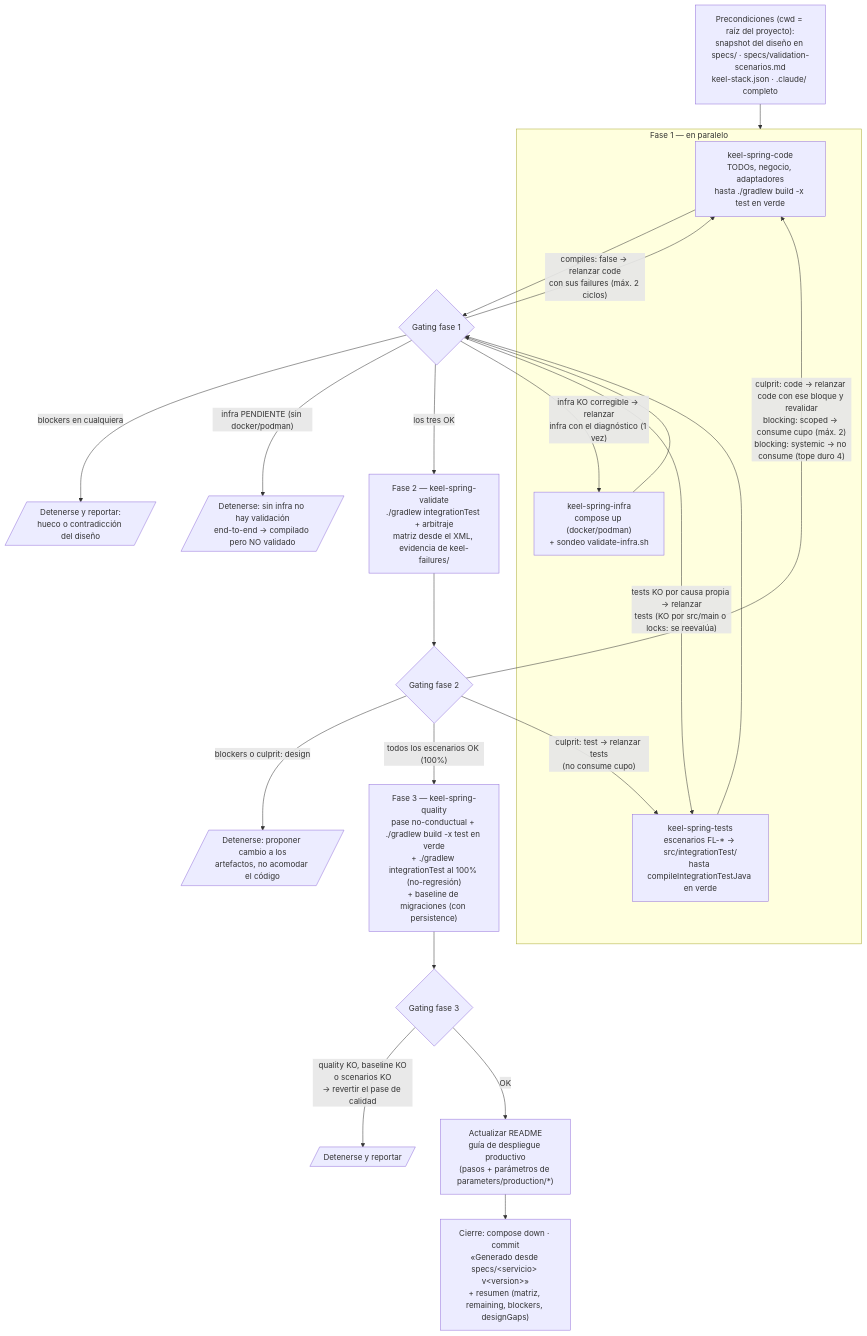
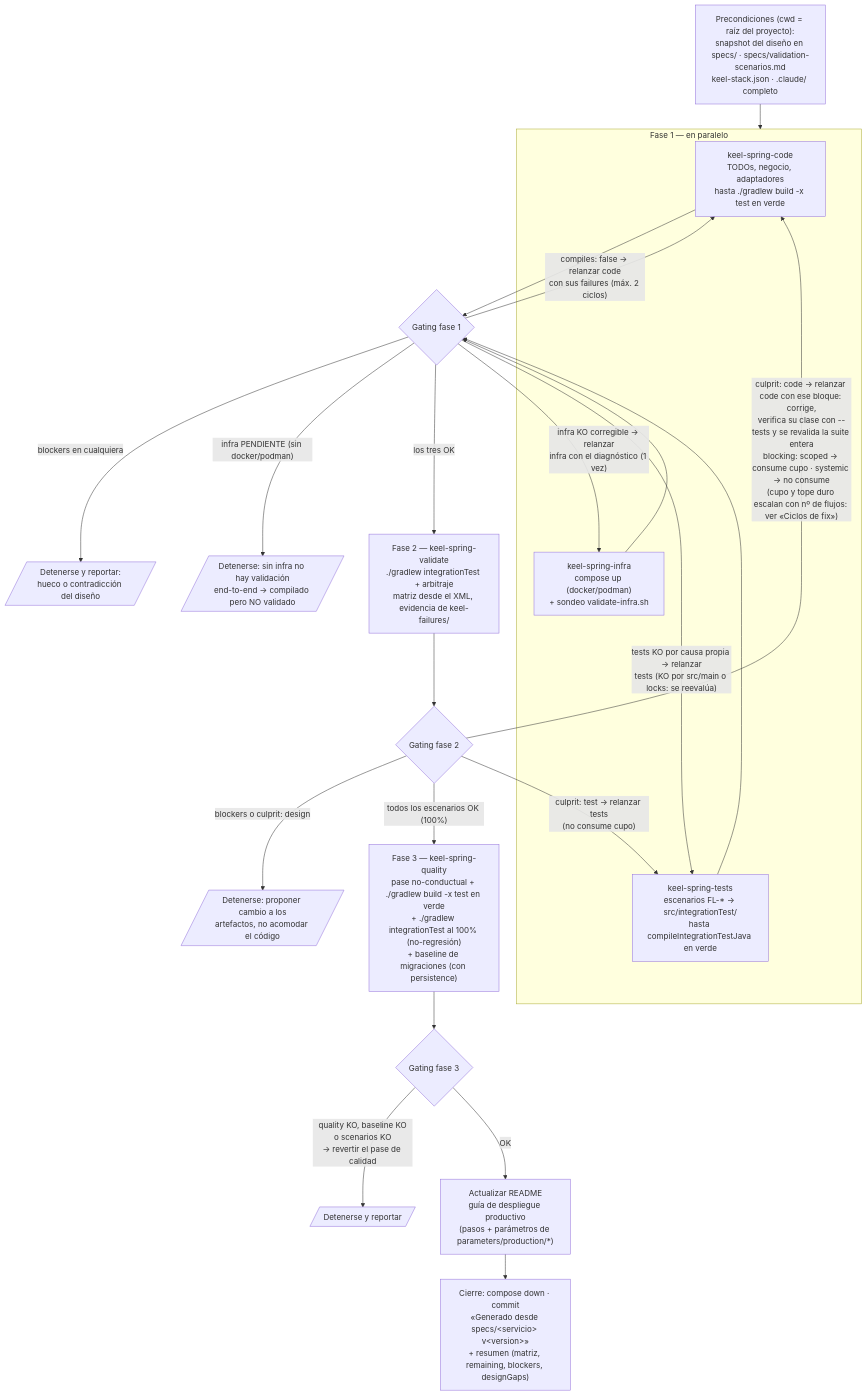
One commit to keel-system/keel changed the diagram in packages/keel-spring/assets/generators/spring/orchestration.md. Above: the diagram before and after it, drawn with Mermaid. The commit also changed other lines of this file and 8 other files, not shown here.

````diff
--- a/packages/keel-spring/assets/generators/spring/orchestration.md
+++ b/packages/keel-spring/assets/generators/spring/orchestration.md
@@ -32,34 +32,34 @@
 ```mermaid
 flowchart TB
     PRE["Precondiciones (cwd = raíz del proyecto):<br/>snapshot del diseño en specs/ · specs/validation-scenarios.md<br/>keel-stack.json · .claude/ completo"]
 
     PRE --> F1
     subgraph F1["Fase 1 — en paralelo"]
         CODE["keel-spring-code<br/>TODOs, negocio, adaptadores<br/>hasta ./gradlew build -x test en verde"]
         INFRA["keel-spring-infra<br/>compose up (docker/podman)<br/>+ sondeo validate-infra.sh"]
         TESTS["keel-spring-tests<br/>escenarios FL-* → src/integrationTest/<br/>hasta compileIntegrationTestJava en verde"]
     end
 
     CODE --> GATE1{Gating fase 1}
     INFRA --> GATE1
     TESTS --> GATE1
     GATE1 -->|"compiles: false → relanzar code<br/>con sus failures (máx. 2 ciclos)"| CODE
     GATE1 -->|"infra KO corregible → relanzar<br/>infra con el diagnóstico (1 vez)"| INFRA
     GATE1 -->|"tests KO por causa propia → relanzar<br/>tests (KO por src/main o locks: se reevalúa)"| TESTS
     GATE1 -->|"blockers en cualquiera"| STOP1[/"Detenerse y reportar:<br/>hueco o contradicción del diseño"/]
     GATE1 -->|"infra PENDIENTE (sin docker/podman)"| STOP0[/"Detenerse: sin infra no hay validación<br/>end-to-end → compilado pero NO validado"/]
     GATE1 -->|los tres OK| VALIDATE
 
     VALIDATE["Fase 2 — keel-spring-validate<br/>./gradlew integrationTest + arbitraje<br/>matriz desde el XML, evidencia de keel-failures/"]
     VALIDATE --> GATE2{Gating fase 2}
-    GATE2 -->|"culprit: code → relanzar code con ese bloque y revalidar<br/>blocking: scoped → consume cupo (máx. 2)<br/>blocking: systemic → no consume (tope duro 4)"| CODE
+    GATE2 -->|"culprit: code → relanzar code con ese bloque: corrige,<br/>verifica su clase con --tests y se revalida la suite entera<br/>blocking: scoped → consume cupo · systemic → no consume<br/>(cupo y tope duro escalan con nº de flujos: ver «Ciclos de fix»)"| CODE
     GATE2 -->|"culprit: test → relanzar tests<br/>(no consume cupo)"| TESTS
     GATE2 -->|"blockers o culprit: design"| STOP2[/"Detenerse: proponer cambio a los<br/>artefactos, no acomodar el código"/]
     GATE2 -->|"todos los escenarios OK (100%)"| QUALITY
 
     QUALITY["Fase 3 — keel-spring-quality<br/>pase no-conductual + ./gradlew build -x test en verde<br/>+ ./gradlew integrationTest al 100% (no-regresión)<br/>+ baseline de migraciones (con persistence)"]
     QUALITY --> GATE3{Gating fase 3}
     GATE3 -->|"quality KO, baseline KO<br/>o scenarios KO<br/>→ revertir el pase de calidad"| STOP3[/"Detenerse y reportar"/]
     GATE3 -->|OK| README["Actualizar README<br/>guía de despliegue productivo<br/>(pasos + parámetros de parameters/production/*)"]
     README --> CLOSE["Cierre: compose down · commit<br/>«Generado desde specs/&lt;servicio&gt; v&lt;version&gt;»<br/>+ resumen (matriz, remaining, blockers, designGaps)"]
 ```
````
